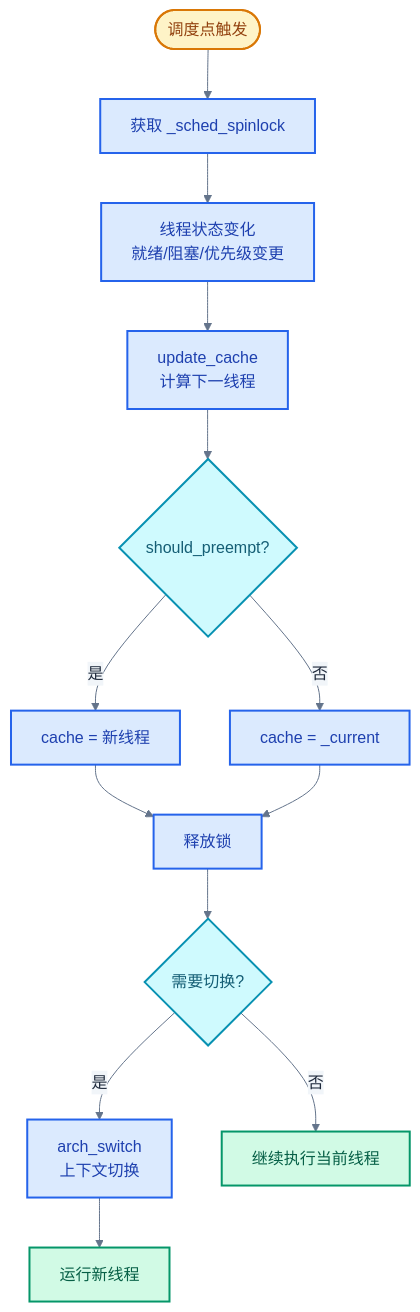
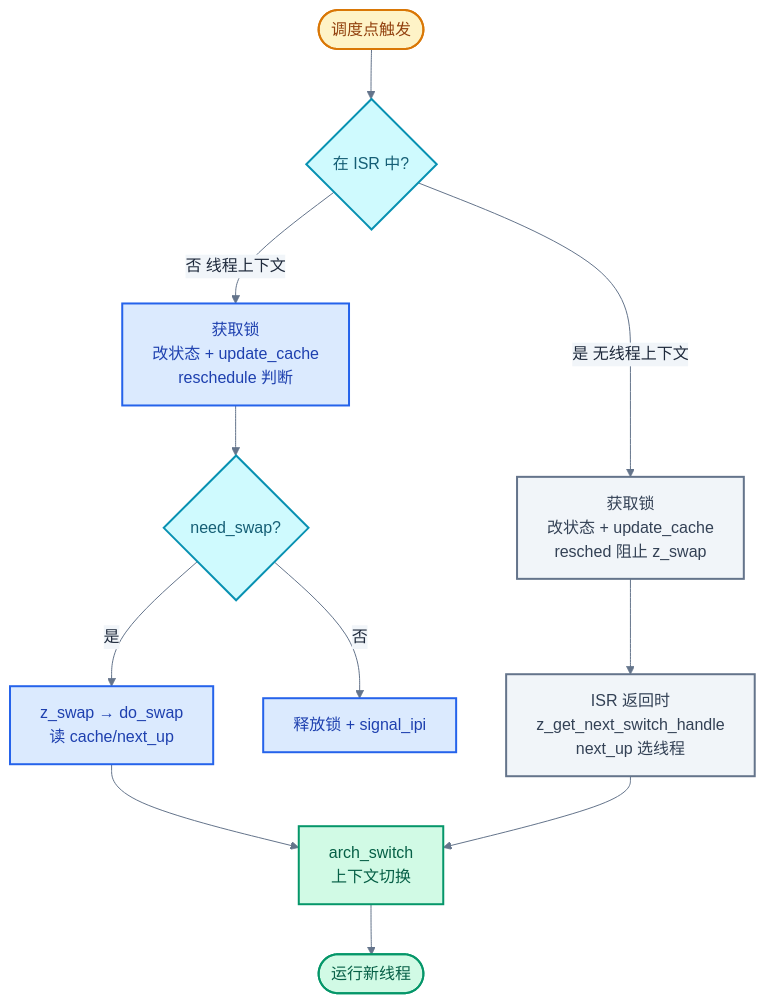
The fifth of 5 diagrams in zephyr-rtos/06-调度策略详解.md (swjtuer326/cs-learning-notes), drawn with Mermaid before and after one commit. The commit also changed other lines of this file and 9 other files, not shown here.

````diff
--- a/zephyr-rtos/06-调度策略详解.md
+++ b/zephyr-rtos/06-调度策略详解.md
@@ -1091,25 +1680,29 @@
 ```mermaid
 %%{init: {"theme": "base", "themeVariables": {"primaryColor": "#f8fafc", "primaryTextColor": "#1e293b", "primaryBorderColor": "#475569", "lineColor": "#64748b", "secondaryColor": "#f1f5f9", "secondaryBorderColor": "#94a3b8", "tertiaryColor": "#f8fafc", "fontFamily": "\"trebuchet ms\", verdana, arial, sans-serif"}}}%%
 flowchart TD
-    Trigger([调度点触发]) --> Lock[获取 _sched_spinlock]
-    Lock --> Change[线程状态变化<br/>就绪/阻塞/优先级变更]
-    Change --> UpdateCache[update_cache<br/>计算下一线程]
-    UpdateCache --> ShouldPreempt{should_preempt?}
-    ShouldPreempt -->|是| SetCache[cache = 新线程]
-    ShouldPreempt -->|否| KeepCur[cache = _current]
-    SetCache --> ReleaseLock[释放锁]
-    KeepCur --> ReleaseLock
-    ReleaseLock --> Swap{需要切换?}
-    Swap -->|是| ArchSwitch[arch_switch<br/>上下文切换]
-    Swap -->|否| Continue[继续执行当前线程]
-    ArchSwitch --> RunNext[运行新线程]
+    Trigger([调度点触发]) --> CheckISR{在 ISR 中?}
+
+    CheckISR -->|否 线程上下文| ThreadPath[获取锁<br/>改状态 + update_cache<br/>reschedule 判断]
+    CheckISR -->|是 无线程上下文| ISRPath[获取锁<br/>改状态 + update_cache<br/>resched 阻止 z_swap]
+
+    ThreadPath --> NeedSwap{need_swap?}
+    NeedSwap -->|是| Swap[z_swap → do_swap<br/>读 cache/next_up]
+    NeedSwap -->|否| Release[释放锁 + signal_ipi]
+
+    ISRPath --> ISRExit[ISR 返回时<br/>z_get_next_switch_handle<br/>next_up 选线程]
+
+    Swap --> ArchSwitch[arch_switch<br/>上下文切换]
+    ISRExit --> ArchSwitch
+    ArchSwitch --> RunNext([运行新线程])
 
     classDef trigger fill:#fef3c7, stroke:#d97706, color:#92400e, stroke-width:2px
     classDef process fill:#dbeafe, stroke:#2563eb, color:#1e40af, stroke-width:2px
     classDef decision fill:#cffafe, stroke:#0891b2, color:#155e75, stroke-width:2px
     classDef success fill:#d1fae5, stroke:#059669, color:#065f46, stroke-width:2px
+    classDef isr fill:#f1f5f9, stroke:#64748b, color:#334155, stroke-width:2px
     class Trigger trigger
-    class Lock,Change,UpdateCache,SetCache,KeepCur,ReleaseLock,ArchSwitch process
-    class ShouldPreempt,Swap decision
-    class Continue,RunNext success
+    class ThreadPath,Swap,Release process
+    class CheckISR,NeedSwap decision
+    class ArchSwitch,RunNext success
+    class ISRPath,ISRExit isr
 ```
````
